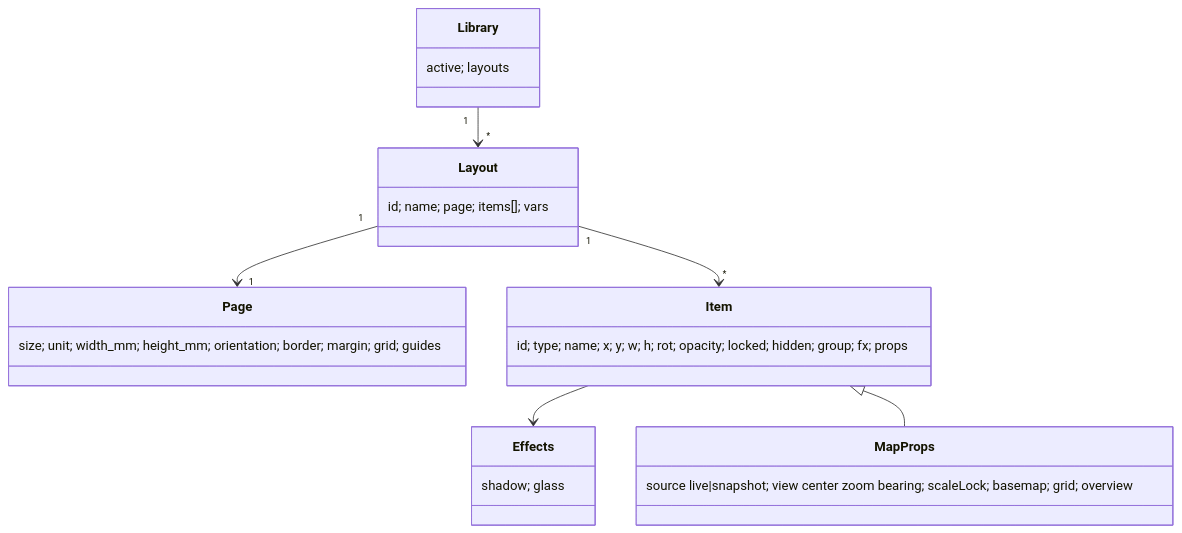
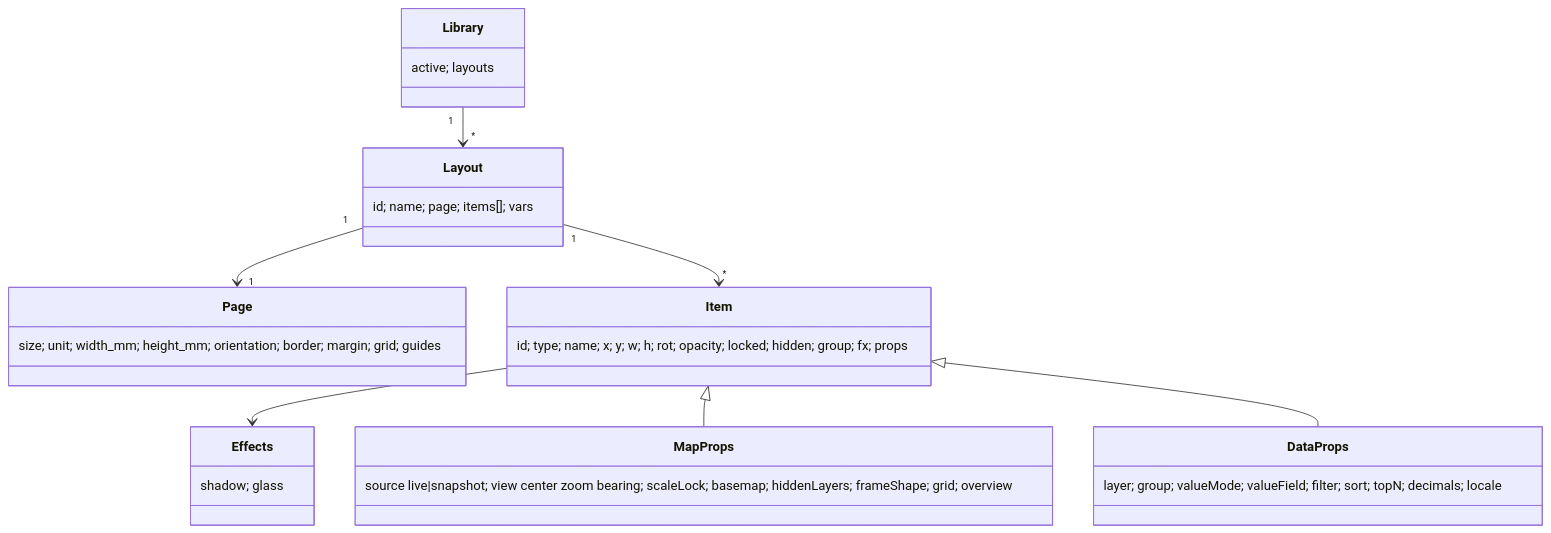
One commit to Defani/Layout-Composer changed the fourth of 4 diagrams in README.md. Above: the diagram before and after it, drawn with Mermaid. The commit also changed other lines of this file and 51 other files, not shown here.

First line of the commit message:
v1.8.0: data tables and charts, QGIS .qpt exchange, Google icons and fonts, precise editing

````diff
--- a/README.md
+++ b/README.md
@@ -155,14 +207,16 @@
 ```mermaid
 classDiagram
   class Library { active; layouts }
   class Layout { id; name; page; items[]; vars }
   class Page { size; unit; width_mm; height_mm; orientation; border; margin; grid; guides }
   class Item { id; type; name; x; y; w; h; rot; opacity; locked; hidden; group; fx; props }
-  class MapProps { source live|snapshot; view center zoom bearing; scaleLock; basemap; grid; overview }
+  class MapProps { source live|snapshot; view center zoom bearing; scaleLock; basemap; hiddenLayers; frameShape; grid; overview }
+  class DataProps { layer; group; valueMode; valueField; filter; sort; topN; decimals; locale }
   class Effects { shadow; glass }
   Library "1" --> "*" Layout
   Layout "1" --> "1" Page
   Layout "1" --> "*" Item
   Item --> Effects
   Item <|-- MapProps
+  Item <|-- DataProps
 ```
````
